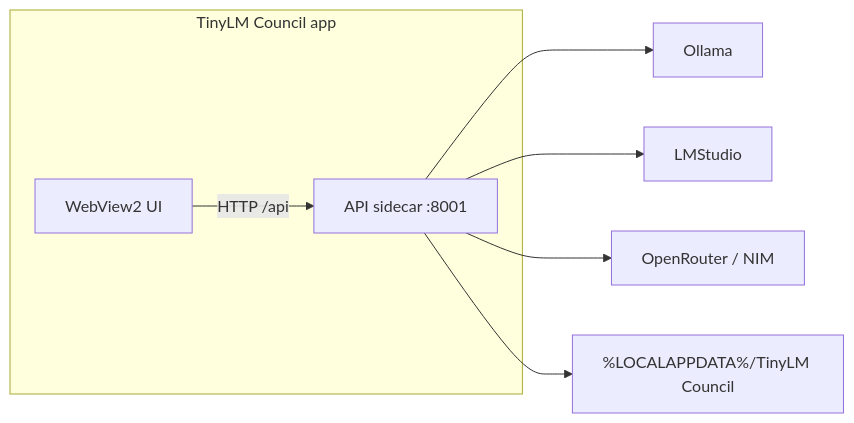
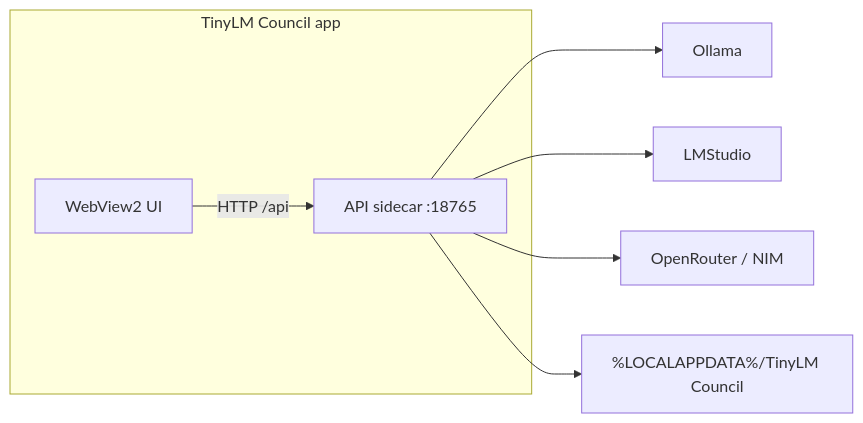
One commit to Tjjordan3/tinylm-council changed the diagram in docs/WINDOWS_DESKTOP.md. Above: the diagram before and after it, drawn with Mermaid. The commit also changed other lines of this file and 14 other files, not shown here.

````diff
--- a/docs/WINDOWS_DESKTOP.md
+++ b/docs/WINDOWS_DESKTOP.md
@@ -37,12 +37,12 @@
 ```mermaid
 flowchart LR
   subgraph desktop [TinyLM Council app]
     UI[WebView2 UI]
-    API[API sidecar :8001]
+    API[API sidecar :18765]
   end
   UI -->|HTTP /api| API
   API --> Ollama
   API --> LMStudio
   API --> Cloud[OpenRouter / NIM]
   API --> Data["%LOCALAPPDATA%/TinyLM Council"]
 ```
````
